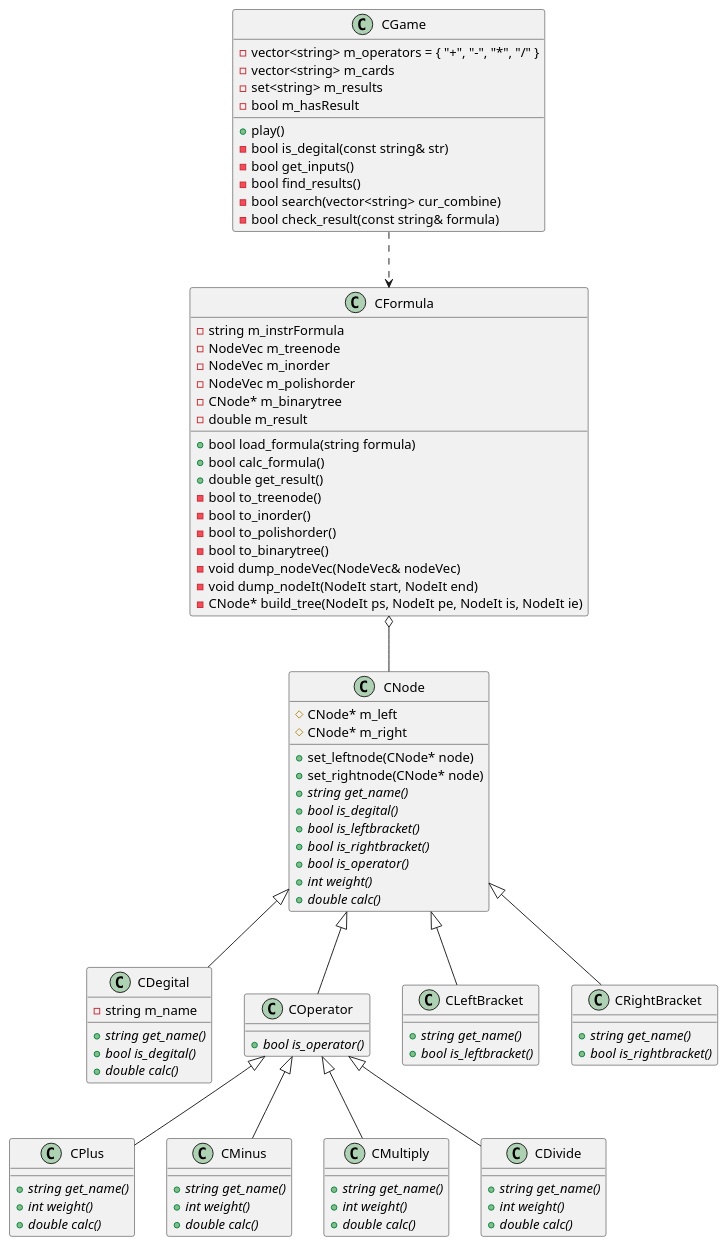
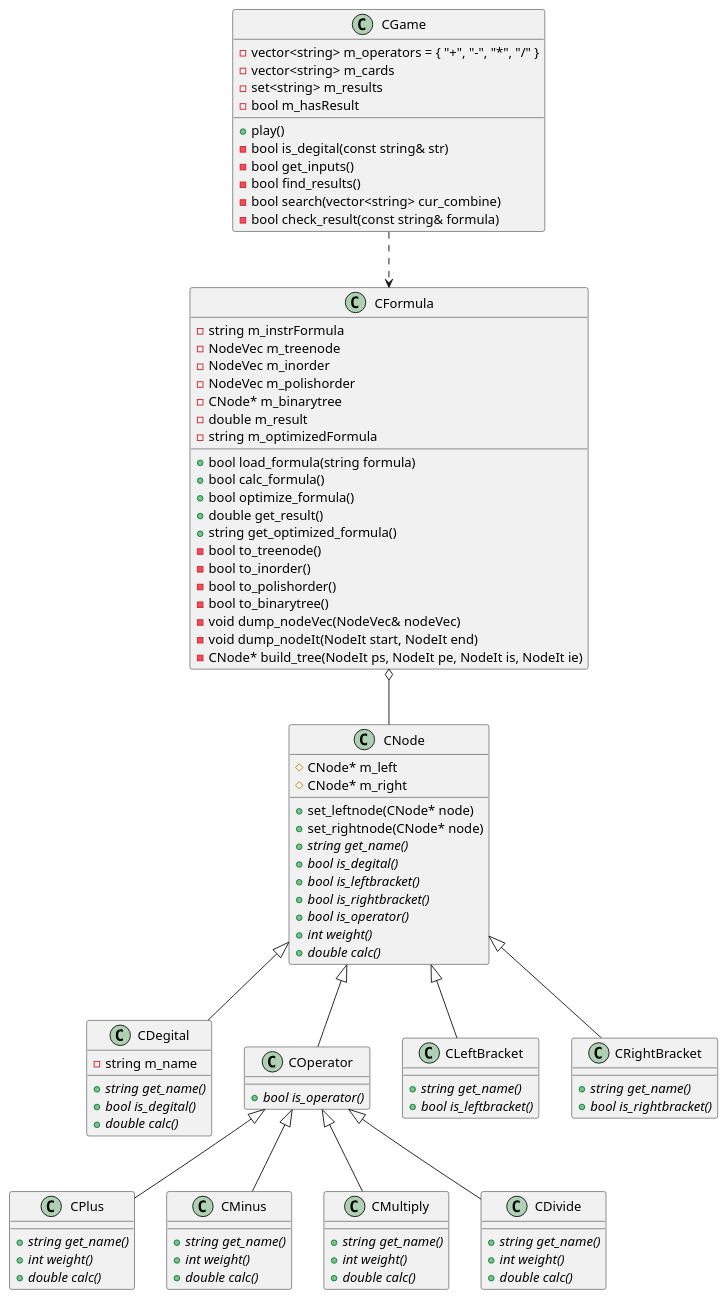
The diagram in 02-C++-high-quality-programming-homework/doc/class_diagram_24.pu (tingyunaiai9/programming-practice-homework), drawn with PlantUML before and after one commit. The commit also changed 3 other files, not shown here.

Commit message:
add optimize_formula to delete the () outside

```diff
--- a/02-C++-high-quality-programming-homework/doc/class_diagram_24.pu
+++ b/02-C++-high-quality-programming-homework/doc/class_diagram_24.pu
@@ -2,110 +2,113 @@
 @startuml
 
 class CGame {
 	- vector<string> m_operators = { "+", "-", "*", "/" }
 	- vector<string> m_cards
 	- set<string> m_results
     - bool m_hasResult
 
     + play()
     - bool is_degital(const string& str)
 	- bool get_inputs()
 	- bool find_results()
 	- bool search(vector<string> cur_combine)
 	- bool check_result(const string& formula)
 }
 
 class CFormula {
 	- string m_instrFormula
 	- NodeVec m_treenode
 	- NodeVec m_inorder
 	- NodeVec m_polishorder
 	- CNode* m_binarytree
 	- double m_result
+	- string m_optimizedFormula
 
     + bool load_formula(string formula)
 	+ bool calc_formula()
+	+ bool optimize_formula()
 	+ double get_result()
+	+ string get_optimized_formula()
     - bool to_treenode()
 	- bool to_inorder()
 	- bool to_polishorder()
 	- bool to_binarytree()
 	- void dump_nodeVec(NodeVec& nodeVec)
 	- void dump_nodeIt(NodeIt start, NodeIt end)
 	- CNode* build_tree(NodeIt ps, NodeIt pe, NodeIt is, NodeIt ie)
 }
 
 class CNode {
     # CNode* m_left
     # CNode* m_right
 
     + set_leftnode(CNode* node)
     + set_rightnode(CNode* node)
     + {abstract} string get_name()
     + {abstract} bool is_degital()
     + {abstract} bool is_leftbracket()
     + {abstract} bool is_rightbracket()
 	+ {abstract} bool is_operator()
     + {abstract} int weight()
     + {abstract} double calc()
 }
 
 class CDegital {
     - string m_name
 
     + {abstract} string get_name()
     + {abstract} bool is_degital()
     + {abstract} double calc()
 }
 
 class COperator {
     + {abstract} bool is_operator()
 }
 
 class CLeftBracket {
     + {abstract} string get_name()
     + {abstract} bool is_leftbracket()
 }
 
 class CRightBracket {
     + {abstract} string get_name()
     + {abstract} bool is_rightbracket()
 }
 
 class CPlus {
 	+ {abstract} string get_name()
 	+ {abstract} int weight()
 	+ {abstract} double calc()
 }
 
 class CMinus {
 	+ {abstract} string get_name()
 	+ {abstract} int weight()
 	+ {abstract} double calc()
 }
 
 class CMultiply {
 	+ {abstract} string get_name()
 	+ {abstract} int weight()
 	+ {abstract} double calc()
 }
 
 class CDivide {
 	+ {abstract} string get_name()
 	+ {abstract} int weight()
 	+ {abstract} double calc()
 }
 
 CGame ..> CFormula
 CFormula o-- CNode
 CNode <|-- CDegital
 CNode <|-- COperator
 CNode <|-- CLeftBracket
 CNode <|-- CRightBracket
 
 COperator <|-- CPlus
 COperator <|-- CMinus
 COperator <|-- CMultiply
 COperator <|-- CDivide
 
 @enduml
```
